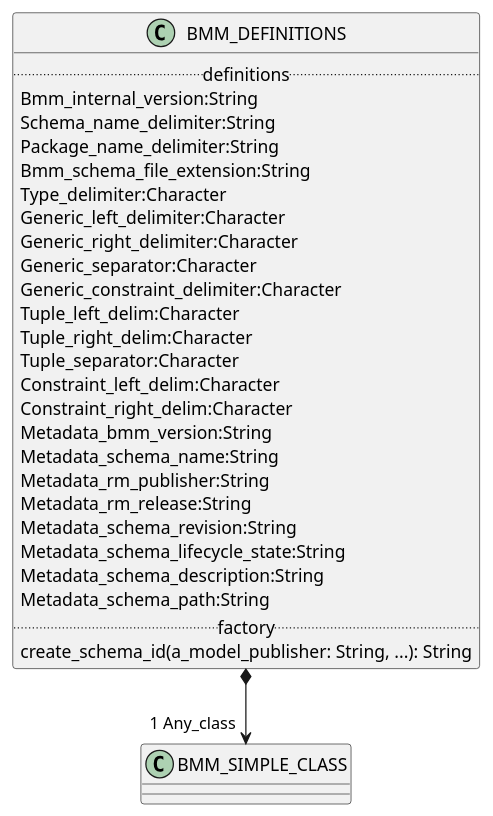
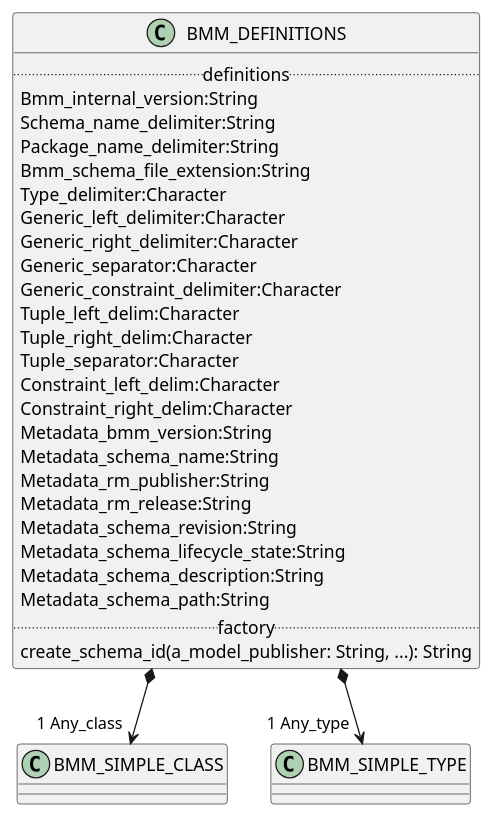
The diagram in modules/ROOT/examples/bmm/languages/bmm/definitions/definitions-package-uml.adoc (wolandscat/openehr-doc), drawn with PlantUML before and after one commit. The commit also changed 597 other files, not shown here.

```diff
--- a/modules/ROOT/examples/bmm/languages/bmm/definitions/definitions-package-uml.adoc
+++ b/modules/ROOT/examples/bmm/languages/bmm/definitions/definitions-package-uml.adoc
@@ -3,37 +3,39 @@
 [plantuml,opts=interactive,link=self]
 ....
 skinparam groupInheritance 2
 skinparam citedClassColor #FDFDFD
 
 
 class BMM_DEFINITIONS [[/openehr-doc/latest/languages/bmm-gen.html#_class_bmm_definitions]] {
         .. definitions ..
         Bmm_internal_version:String
         Schema_name_delimiter:String
         Package_name_delimiter:String
         Bmm_schema_file_extension:String
         Type_delimiter:Character
         Generic_left_delimiter:Character
         Generic_right_delimiter:Character
         Generic_separator:Character
         Generic_constraint_delimiter:Character
         Tuple_left_delim:Character
         Tuple_right_delim:Character
         Tuple_separator:Character
         Constraint_left_delim:Character
         Constraint_right_delim:Character
         Metadata_bmm_version:String
         Metadata_schema_name:String
         Metadata_rm_publisher:String
         Metadata_rm_release:String
         Metadata_schema_revision:String
         Metadata_schema_lifecycle_state:String
         Metadata_schema_description:String
         Metadata_schema_path:String
         .. factory ..
         create_schema_id(a_model_publisher: String, ...): String
 }
 
 BMM_DEFINITIONS *--> "1 Any_class" BMM_SIMPLE_CLASS
 
+BMM_DEFINITIONS *--> "1 Any_type" BMM_SIMPLE_TYPE
+
 ....
```
